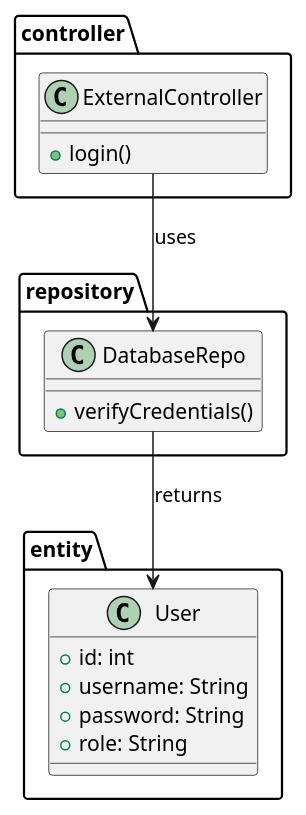
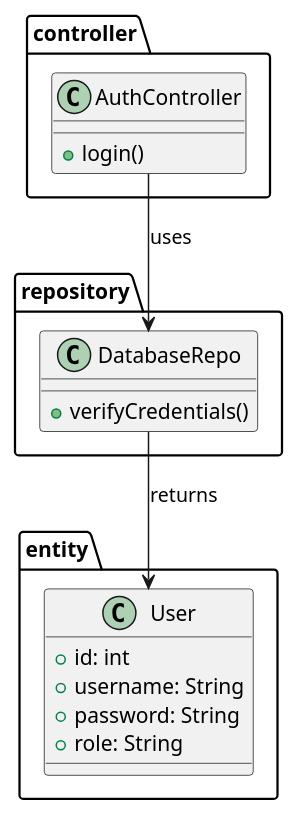
Before and after one commit to iamSlightlyWind/Legacy: the diagram in SWD392/class_diagrams/6_login.puml, drawn with PlantUML. The commit also changed 2 other files, not shown here.

```diff
--- a/SWD392/class_diagrams/6_login.puml
+++ b/SWD392/class_diagrams/6_login.puml
@@ -1,25 +1,25 @@
 @startuml
 package controller {
-    class ExternalController {
+    class AuthController {
         +login()
     }
 }
 
 package repository {
     class DatabaseRepo {
         +verifyCredentials()
     }
 }
 
 package entity {
     class User {
         +id: int
         +username: String
         +password: String
         +role: String
     }
 }
 
-ExternalController --> DatabaseRepo : uses
+AuthController --> DatabaseRepo : uses
 DatabaseRepo --> User : returns
 @enduml
```
